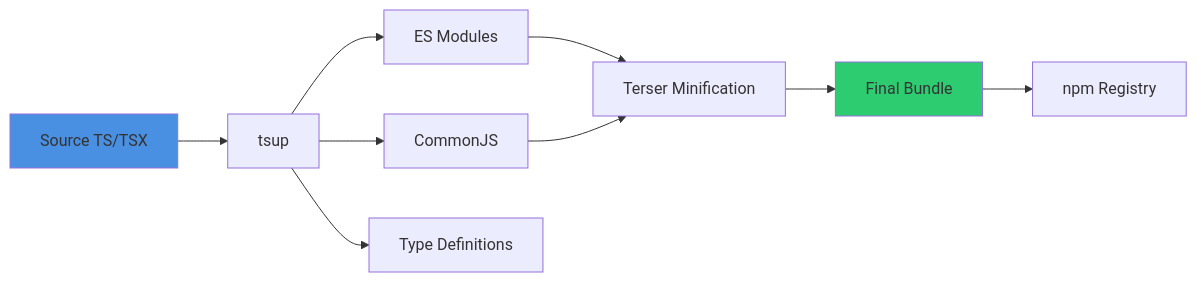
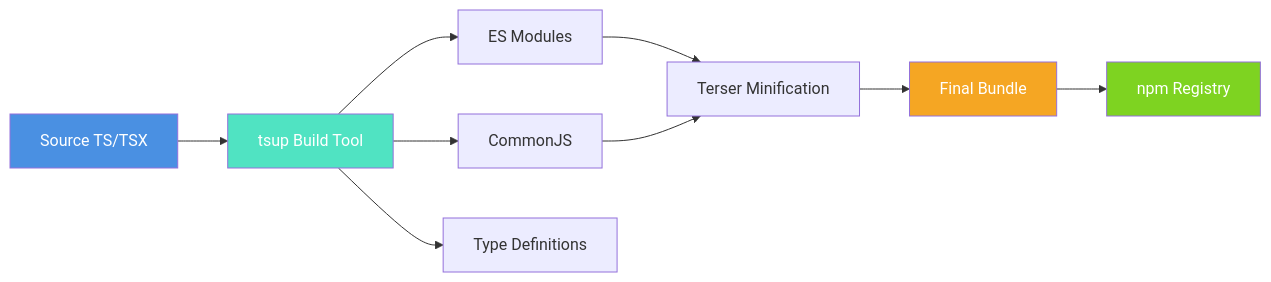
Diagram 17 of 19 in docs/architecture/overview.md (christireid/Clarity-ai-chat-components), drawn with Mermaid before and after one commit. The commit also changed other lines of this file and 12 other files, not shown here.

First line of the commit message:
docs: enhance all documentation with 138 comprehensive diagrams

````diff
--- a/docs/architecture/overview.md
+++ b/docs/architecture/overview.md
@@ -586,17 +939,19 @@
 ```mermaid
 graph LR
-    SRC[Source TS/TSX] --> TSUP[tsup]
+    SRC[Source TS/TSX] --> TSUP[tsup Build Tool]
     TSUP --> ESM[ES Modules]
     TSUP --> CJS[CommonJS]
     TSUP --> DTS[Type Definitions]
     
     ESM --> TERSER[Terser Minification]
     CJS --> TERSER
     
     TERSER --> BUNDLE[Final Bundle]
     
     BUNDLE --> NPM[npm Registry]
-
-    style SRC fill:#4A90E2
-    style BUNDLE fill:#2ECC71
+    
+    style SRC fill:#4A90E2,color:#fff
+    style TSUP fill:#50E3C2,color:#fff
+    style BUNDLE fill:#F5A623,color:#fff
+    style NPM fill:#7ED321,color:#fff
 ```
````
